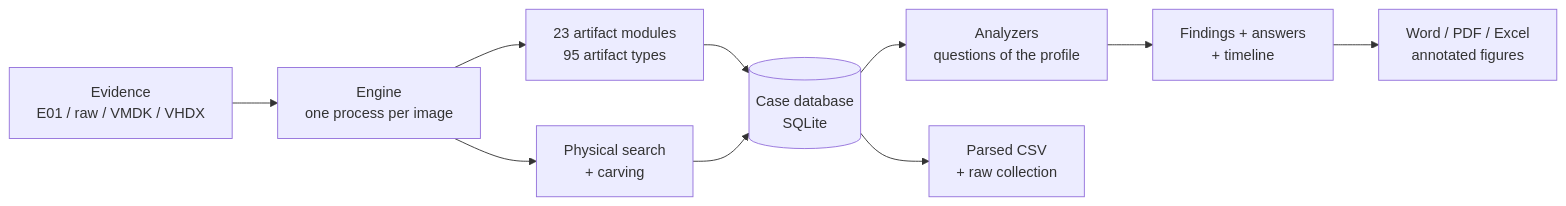
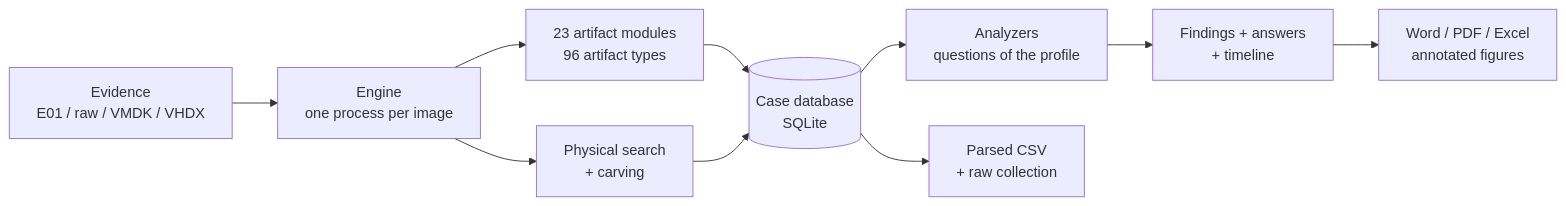
Before and after one commit to sujayadkesar/windows-forensic-automation: the diagram in README.md, drawn with Mermaid. The commit also changed other lines of this file and 38 other files, not shown here.

````diff
--- a/README.md
+++ b/README.md
@@ -182,12 +191,12 @@
 ```mermaid
 flowchart LR
     A[Evidence<br>E01 / raw / VMDK / VHDX] --> B[Engine<br>one process per image]
-    B --> C[23 artifact modules<br>95 artifact types]
+    B --> C[23 artifact modules<br>96 artifact types]
     B --> D[Physical search<br>+ carving]
     C --> E[(Case database<br>SQLite)]
     D --> E
     E --> F[Analyzers<br>questions of the profile]
     F --> G[Findings + answers<br>+ timeline]
     E --> H[Parsed CSV<br>+ raw collection]
     G --> I[Word / PDF / Excel<br>annotated figures]
 ```
````
